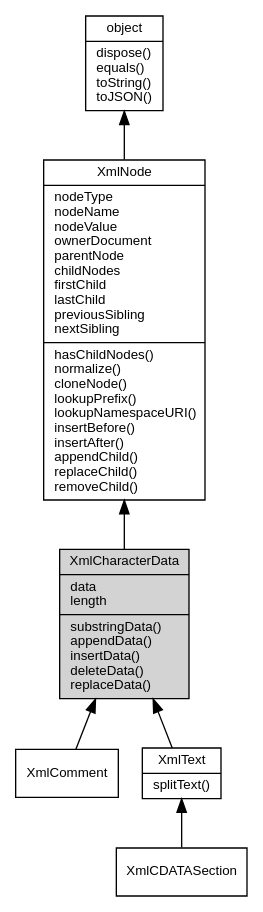
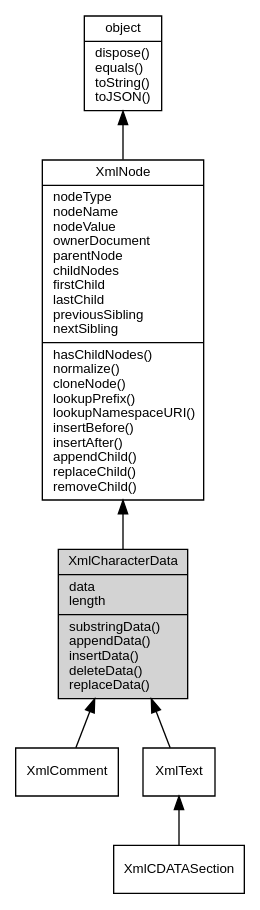
Before and after one commit to fibjs/fibjs.org: the diagram in docs/manual/object/ifs/XmlCharacterData.md, drawn with Graphviz. The commit also changed 289 other files, not shown here.

````diff
--- a/docs/manual/object/ifs/XmlCharacterData.md
+++ b/docs/manual/object/ifs/XmlCharacterData.md
@@ -7,18 +7,18 @@
 ```dot
 digraph {
     node [fontname="Helvetica,sans-Serif", fontsize=10, shape="record", style="filled", fillcolor="white"];
 
     object [tooltip="object", URL="object.md", label="{object|dispose()\lequals()\ltoString()\ltoJSON()\l}"];
     XmlNode [tooltip="XmlNode", URL="XmlNode.md", label="{XmlNode|nodeType\lnodeName\lnodeValue\lownerDocument\lparentNode\lchildNodes\lfirstChild\llastChild\lpreviousSibling\lnextSibling\l|hasChildNodes()\lnormalize()\lcloneNode()\llookupPrefix()\llookupNamespaceURI()\linsertBefore()\linsertAfter()\lappendChild()\lreplaceChild()\lremoveChild()\l}"];
-    XmlCharacterData [tooltip="XmlCharacterData", fillcolor="lightgray", label="{XmlCharacterData|data\llength\l|substringData()\lappendData()\linsertData()\ldeleteData()\lreplaceData()\l}"];
+    XmlCharacterData [tooltip="XmlCharacterData", fillcolor="lightgray", id="me", label="{XmlCharacterData|data\llength\l|substringData()\lappendData()\linsertData()\ldeleteData()\lreplaceData()\l}"];
     XmlComment [tooltip="XmlComment", URL="XmlComment.md", label="{XmlComment}"];
-    XmlText [tooltip="XmlText", URL="XmlText.md", label="{XmlText|splitText()\l}"];
+    XmlText [tooltip="XmlText", URL="XmlText.md", label="{XmlText}"];
     XmlCDATASection [tooltip="XmlCDATASection", URL="XmlCDATASection.md", label="{XmlCDATASection}"];
 
     object -> XmlNode [dir=back];
     XmlNode -> XmlCharacterData [dir=back];
     XmlCharacterData -> XmlComment [dir=back];
     XmlCharacterData -> XmlText [dir=back];
     XmlText -> XmlCDATASection [dir=back];
 }
 ```
````
